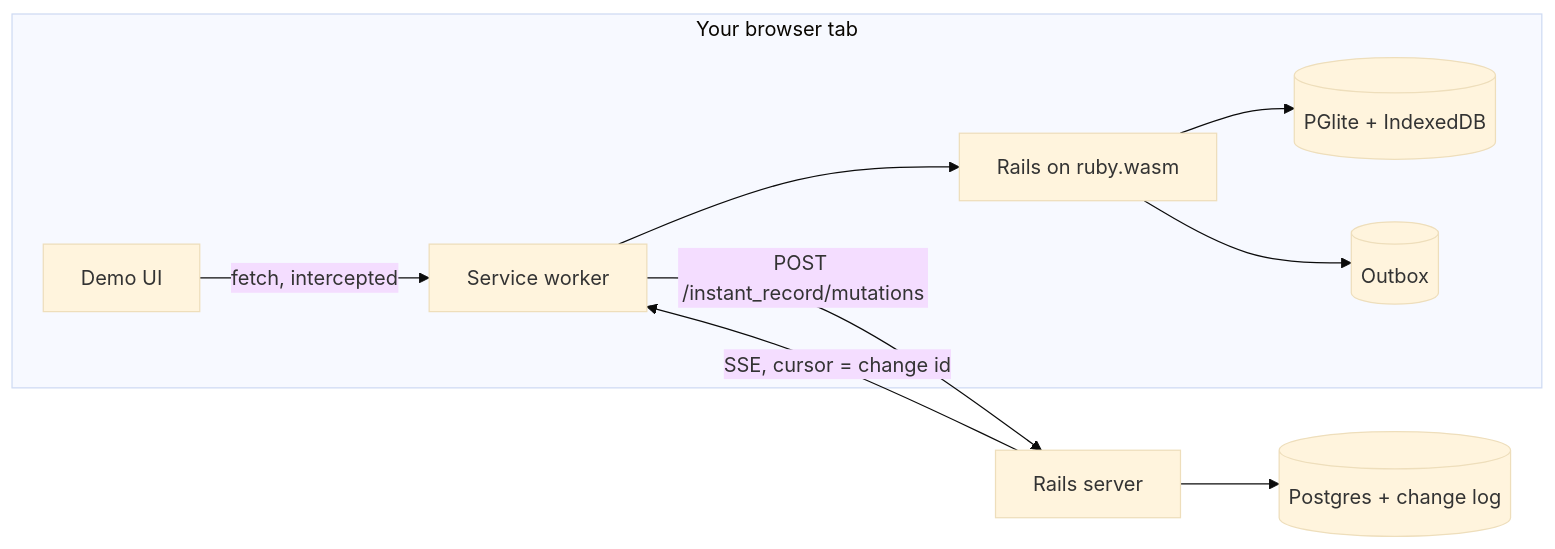
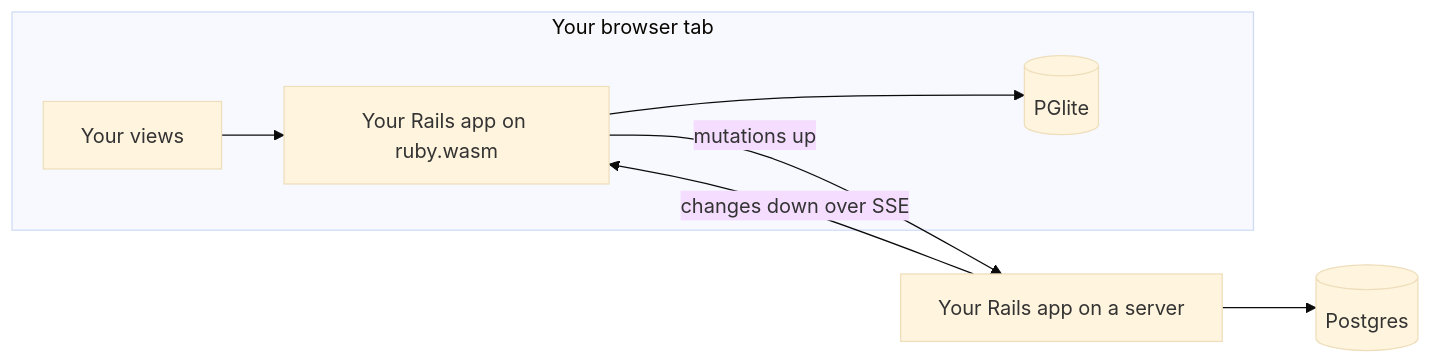
One commit to kieranklaassen/instant_record changed the diagram in README.md. Above: the diagram before and after it, drawn with Mermaid (base theme). The commit also changed other lines of this file, not shown here.

````diff
--- a/README.md
+++ b/README.md
@@ -32,12 +31,10 @@
 ```mermaid
 flowchart LR
   subgraph tab [Your browser tab]
-    UI[Demo UI] -->|fetch, intercepted| SW[Service worker]
-    SW --> VM["Rails on ruby.wasm"]
-    VM --> PG[(PGlite + IndexedDB)]
-    VM --> OB[(Outbox)]
+    UI[Your views] --> VM["Your Rails app on ruby.wasm"]
+    VM --> PG[(PGlite)]
   end
-  SW -->|POST /instant_record/mutations| S[Rails server]
-  S --> P[(Postgres + change log)]
-  S -->|SSE, cursor = change id| SW
+  VM -->|mutations up| S[Your Rails app on a server]
+  S --> P[(Postgres)]
+  S -->|changes down over SSE| VM
 ```
````
